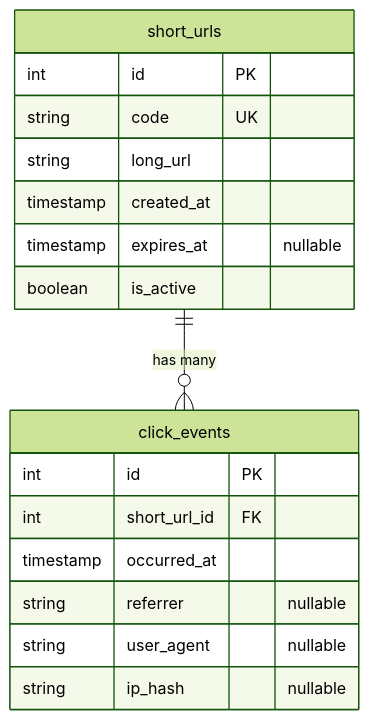
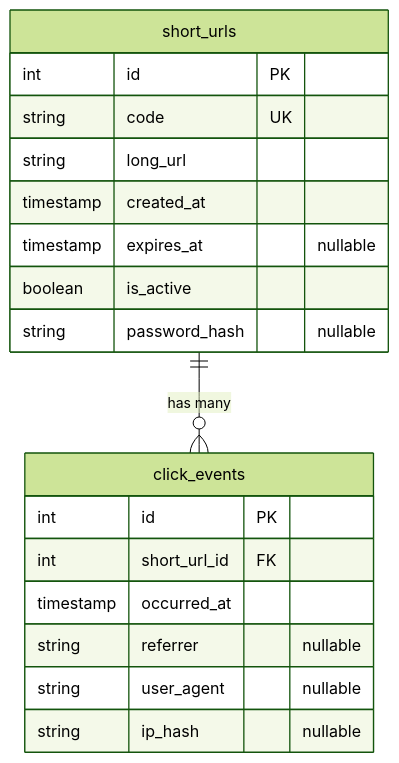
One commit to vanamasandeep2025-max/url-shortener-node changed the diagram in docs/database-schema.md. Above: the diagram before and after it, drawn with Mermaid (forest theme). The commit also changed other lines of this file and 7 other files, not shown here.

````diff
--- a/docs/database-schema.md
+++ b/docs/database-schema.md
@@ -7,20 +7,21 @@
 ```mermaid
 erDiagram
     short_urls ||--o{ click_events : "has many"
     short_urls {
         int id PK
         string code UK
         string long_url
         timestamp created_at
         timestamp expires_at "nullable"
         boolean is_active
+        string password_hash "nullable"
     }
     click_events {
         int id PK
         int short_url_id FK
         timestamp occurred_at
         string referrer "nullable"
         string user_agent "nullable"
         string ip_hash "nullable"
     }
 ```
````
